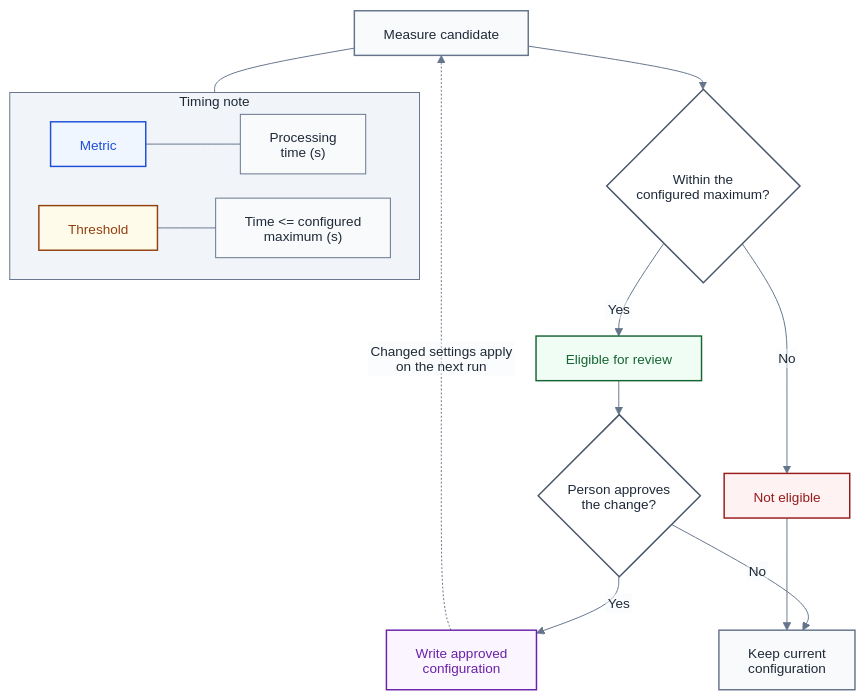
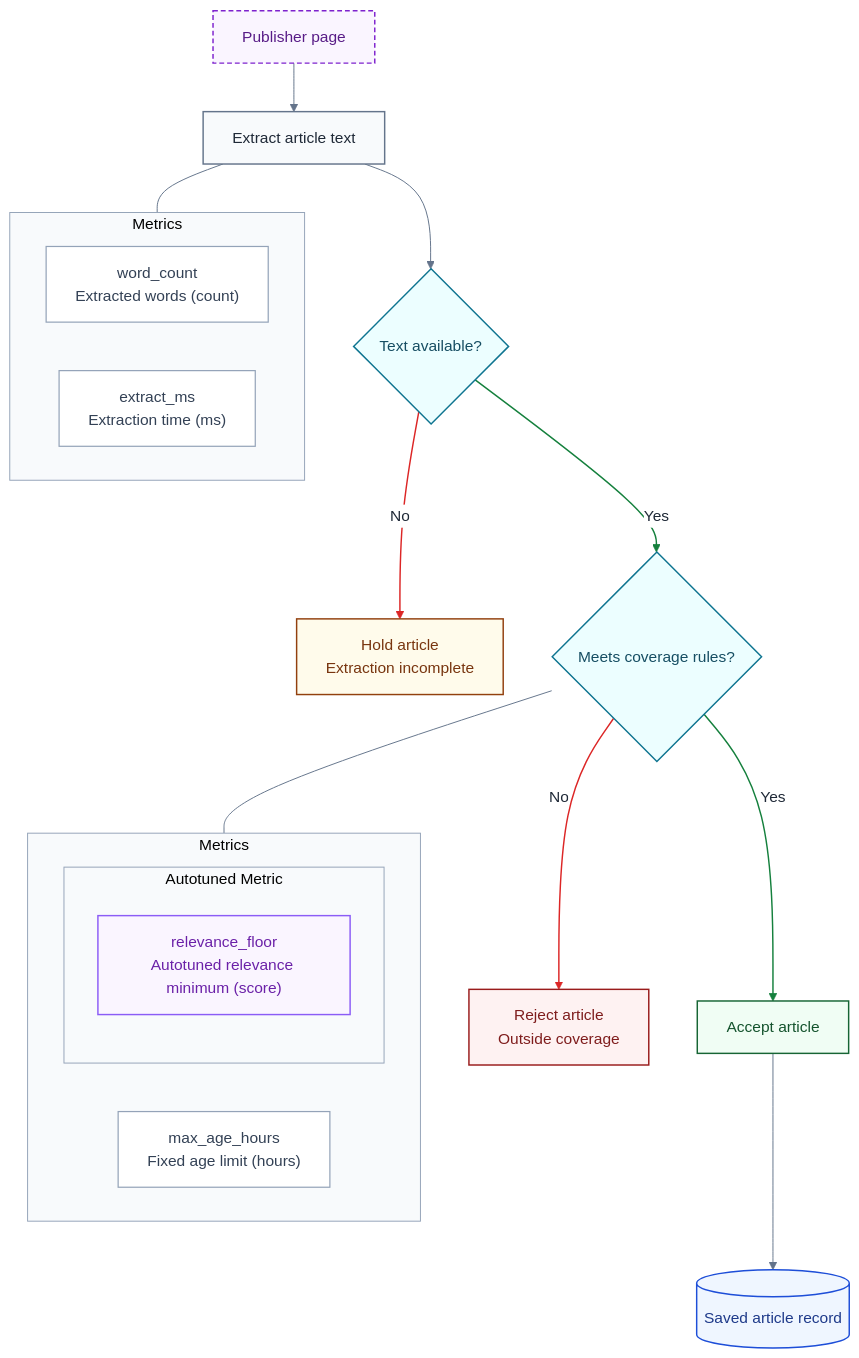
Before and after one commit to miztiik/yen-idhazh: the diagram in docs/reference/mermaid-diagrams.md, drawn with Mermaid. The commit also changed other lines of this file and 1 other file, not shown here.

First line of the commit message:
docs: standardize native Mermaid themes and printing

````diff
--- a/docs/reference/mermaid-diagrams.md
+++ b/docs/reference/mermaid-diagrams.md
@@ -133,36 +103,49 @@
 ```mermaid
-%%{init: {"theme": "base", "htmlLabels": false, "flowchart": {"nodeSpacing": 25, "rankSpacing": 35}, "themeVariables": {"background": "#ffffff", "primaryColor": "#f8fafc", "primaryTextColor": "#1f2937", "primaryBorderColor": "#64748b", "lineColor": "#64748b", "textColor": "#1f2937", "clusterBkg": "#f1f5f9", "clusterBorder": "#64748b", "titleColor": "#1f2937", "edgeLabelBackground": "#f8fafc", "fontSize": "14px"}}}%%
+%%{init: {"theme": "base", "themeVariables": {"fontFamily": "sans-serif", "primaryColor": "#f8fafc", "primaryTextColor": "#1f2937", "primaryBorderColor": "#64748b", "lineColor": "#64748b", "textColor": "#1f2937", "clusterBkg": "#f8fafc", "clusterBorder": "#94a3b8", "edgeLabelBackground": "#ffffff"}}}%%
 flowchart TD
-  measure["Measure candidate"]
-  subgraph timing["Timing note"]
-    direction LR
-    metricKind["Metric"] --- quantity["Processing<br/>time (s)"]
-    limitKind["Threshold"] --- comparison["Time <= configured<br/>maximum (s)"]
+  SOURCE["Publisher page"] --> EXTRACT["Extract article text"]
+  EXTRACT --> TEXT{"Text available?"}
+  TEXT -->|"No"| HOLD["Hold article<br/>Extraction incomplete"]
+  TEXT -->|"Yes"| FIT{"Meets coverage rules?"}
+  FIT -->|"No"| REJECT["Reject article<br/>Outside coverage"]
+  FIT -->|"Yes"| ACCEPT["Accept article"]
+  ACCEPT --> RECORD[("Saved article record")]
+
+  subgraph OBSERVED["Metrics"]
+    WORDS["word_count<br/>Extracted words (count)"]
+    DURATION["extract_ms<br/>Extraction time (ms)"]
   end
-  measure --- timing
-  measure --> limit{"Within the<br/>configured maximum?"}
-  limit -->|"Yes"| eligible["Eligible for review"]
-  limit -->|"No"| refused["Not eligible"]
-  eligible --> approval{"Person approves<br/>the change?"}
-  approval -->|"Yes"| change["Write approved<br/>configuration"]
-  approval -->|"No"| keep["Keep current<br/>configuration"]
-  refused --> keep
-  change -.->|"Changed settings apply<br/>on the next run"| measure
+
+  subgraph LIMITS["Metrics"]
+    AGE["max_age_hours<br/>Fixed age limit (hours)"]
+    subgraph AUTO["Autotuned Metric"]
+      RELEVANCE["relevance_floor<br/>Autotuned relevance minimum (score)"]
+    end
+  end
+
+  EXTRACT --- OBSERVED
+  FIT --- LIMITS
 
   classDef stage fill:#f8fafc,stroke:#64748b,stroke-width:1.5px,color:#1f2937;
-  classDef decision fill:#ffffff,stroke:#475569,stroke-width:1.5px,color:#1f2937;
-  classDef yes fill:#f0fdf4,stroke:#166534,stroke-width:1.5px,color:#166534;
-  classDef no fill:#fef2f2,stroke:#991b1b,stroke-width:1.5px,color:#991b1b;
-  classDef metric fill:#eff6ff,stroke:#1d4ed8,stroke-width:1.5px,color:#1d4ed8;
-  classDef threshold fill:#fffbeb,stroke:#92400e,stroke-width:1.5px,color:#92400e;
-  classDef detail fill:#f8fafc,stroke:#64748b,stroke-width:1px,color:#1f2937;
-  classDef feedback fill:#faf5ff,stroke:#6b21a8,stroke-width:1.5px,color:#6b21a8;
-  class measure,keep stage;
-  class limit,approval decision;
-  class eligible yes;
-  class refused no;
-  class metricKind metric;
-  class limitKind threshold;
-  class quantity,comparison detail;
-  class change feedback;
+  classDef decision fill:#ecfeff,stroke:#0e7490,stroke-width:1.5px,color:#164e63;
+  classDef yes fill:#f0fdf4,stroke:#166534,stroke-width:1.5px,color:#14532d;
+  classDef no fill:#fef2f2,stroke:#991b1b,stroke-width:1.5px,color:#7f1d1d;
+  classDef warn fill:#fffbeb,stroke:#92400e,stroke-width:1.5px,color:#78350f;
+  classDef ledger fill:#eff6ff,stroke:#1d4ed8,stroke-width:1.5px,color:#1e3a8a;
+  classDef ext fill:#faf5ff,stroke:#7e22ce,stroke-width:1.5px,stroke-dasharray:5 3,color:#581c87;
+  classDef metric fill:#ffffff,stroke:#94a3b8,stroke-width:1.25px,color:#334155;
+  classDef autotuned fill:#faf5ff,stroke:#8b5cf6,stroke-width:1.5px,color:#6b21a8;
+
+  class SOURCE ext;
+  class EXTRACT stage;
+  class TEXT,FIT decision;
+  class HOLD warn;
+  class REJECT no;
+  class ACCEPT yes;
+  class RECORD ledger;
+  class WORDS,DURATION,AGE metric;
+  class RELEVANCE autotuned;
+
+  linkStyle 3,5 stroke:#15803d,stroke-width:1.5px;
+  linkStyle 2,4 stroke:#dc2626,stroke-width:1.5px;
 ```
````
